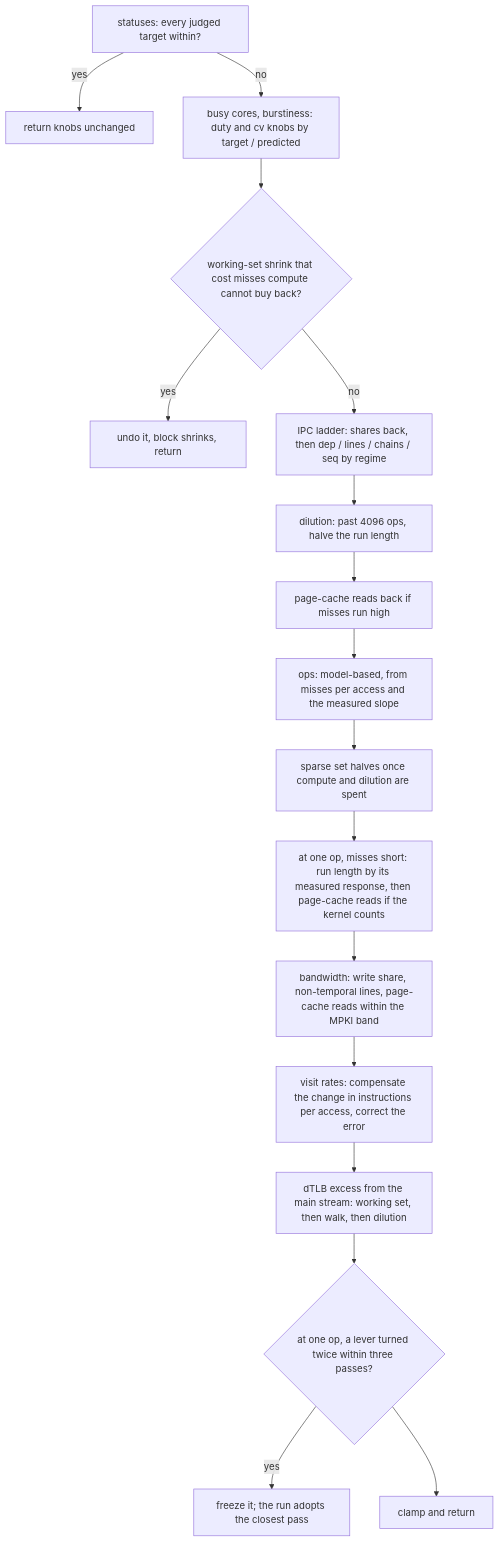
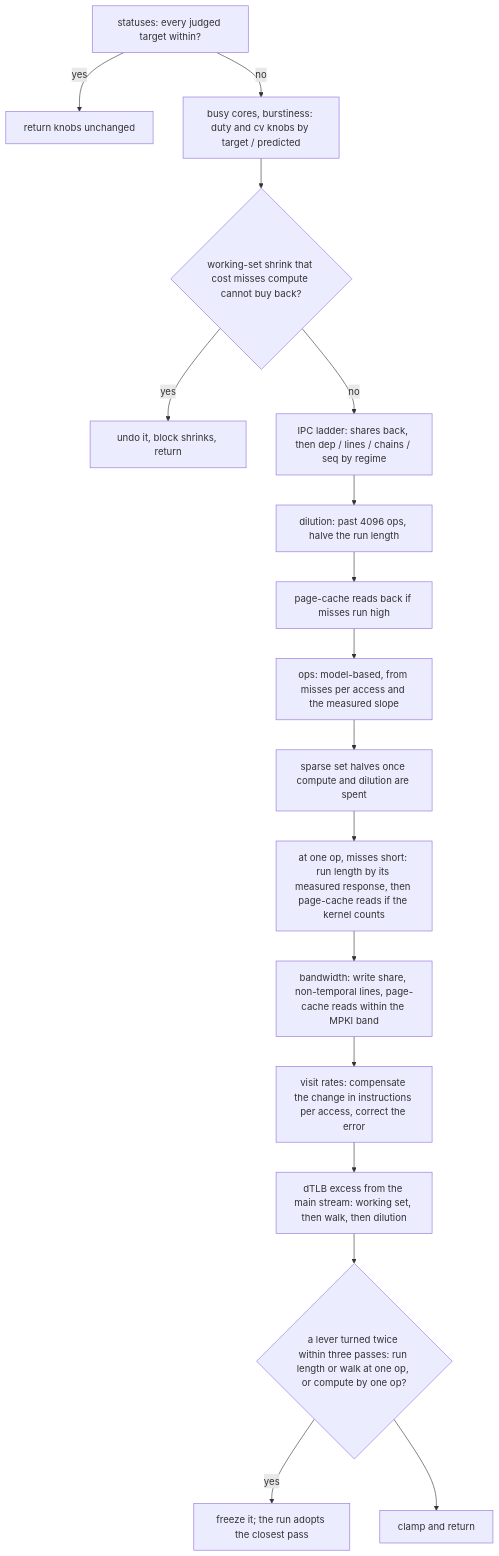
One commit to likewhatevs/thrashgen changed the fourth of 4 diagrams in docs/architecture.md. Above: the diagram before and after it, drawn with Mermaid. The commit also changed 3 other files, not shown here.

First line of the commit message:
Freeze compute that turns by one op between two counts

````diff
--- a/docs/architecture.md
+++ b/docs/architecture.md
@@ -127,19 +127,19 @@
 ```mermaid
 flowchart TD
     A["statuses: every judged target within?"] -->|yes| Z[return knobs unchanged]
     A -->|no| B["busy cores, burstiness: duty and cv knobs by target / predicted"]
     B --> C{"working-set shrink that cost misses compute cannot buy back?"}
     C -->|yes| C1["undo it, block shrinks, return"]
     C -->|no| D["IPC ladder: shares back, then dep / lines / chains / seq by regime"]
     D --> E["dilution: past 4096 ops, halve the run length"]
     E --> F[page-cache reads back if misses run high]
     F --> G["ops: model-based, from misses per access and the measured slope"]
     G --> H[sparse set halves once compute and dilution are spent]
     H --> I["at one op, misses short: run length by its measured response, then page-cache reads if the kernel counts"]
     I --> J["bandwidth: write share, non-temporal lines, page-cache reads within the MPKI band"]
     J --> K["visit rates: compensate the change in instructions per access, correct the error"]
     K --> L["dTLB excess from the main stream: working set, then walk, then dilution"]
-    L --> M{"at one op, a lever turned twice within three passes?"}
+    L --> M{"a lever turned twice within three passes: run length or walk at one op, or compute by one op?"}
     M -->|yes| M1["freeze it; the run adopts the closest pass"]
     M --> N[clamp and return]
 ```
````
